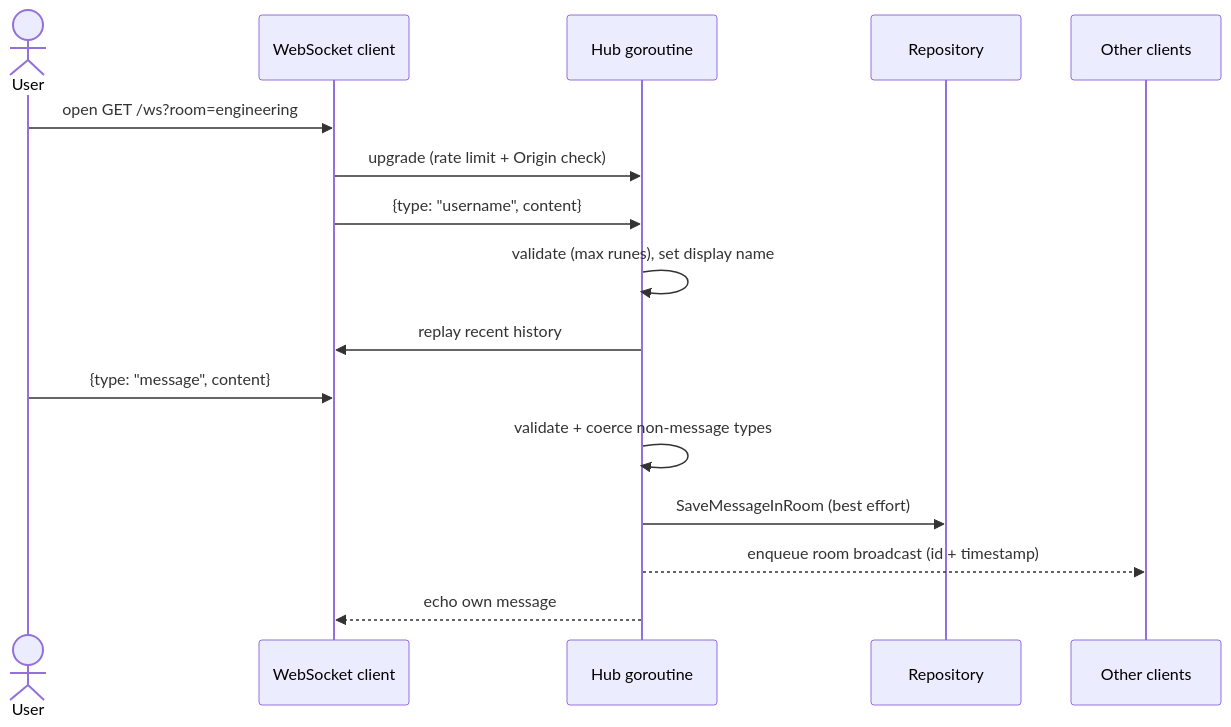
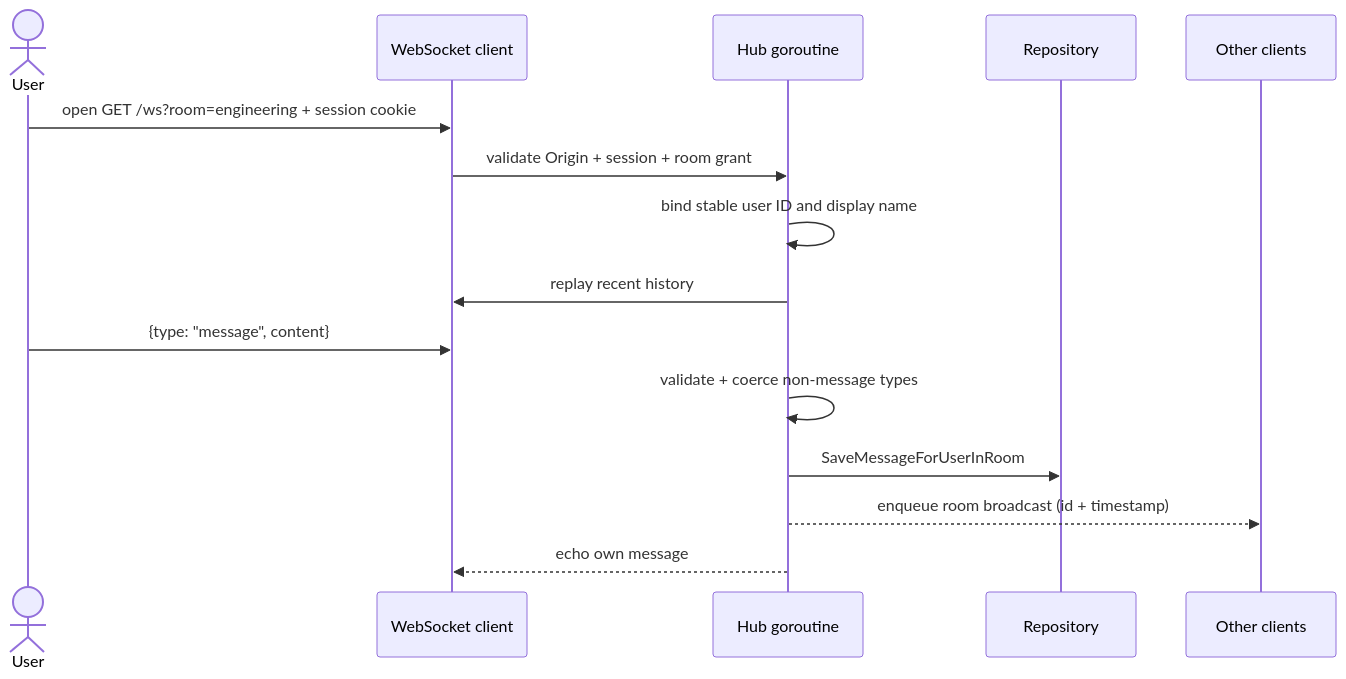
Before and after one commit to AlisinaDevelo/Chatster: the second of 4 diagrams in docs/ARCHITECTURE.md, drawn with Mermaid. The commit also changed other lines of this file and 49 other files, not shown here.

Commit message:
feat: add signed session room authorization

````diff
--- a/docs/ARCHITECTURE.md
+++ b/docs/ARCHITECTURE.md
@@ -46,19 +51,18 @@
 ```mermaid
 sequenceDiagram
   actor User
   participant WS as WebSocket client
   participant Hub as Hub goroutine
   participant DB as Repository
   participant Peers as Other clients
 
-  User->>WS: open GET /ws?room=engineering
-  WS->>Hub: upgrade (rate limit + Origin check)
-  WS->>Hub: {type: "username", content}
-  Hub->>Hub: validate (max runes), set display name
+  User->>WS: open GET /ws?room=engineering + session cookie
+  WS->>Hub: validate Origin + session + room grant
+  Hub->>Hub: bind stable user ID and display name
   Hub->>WS: replay recent history
   User->>WS: {type: "message", content}
   Hub->>Hub: validate + coerce non-message types
-  Hub->>DB: SaveMessageInRoom (best effort)
+  Hub->>DB: SaveMessageForUserInRoom
   Hub-->>Peers: enqueue room broadcast (id + timestamp)
   Hub-->>WS: echo own message
 ```
````
